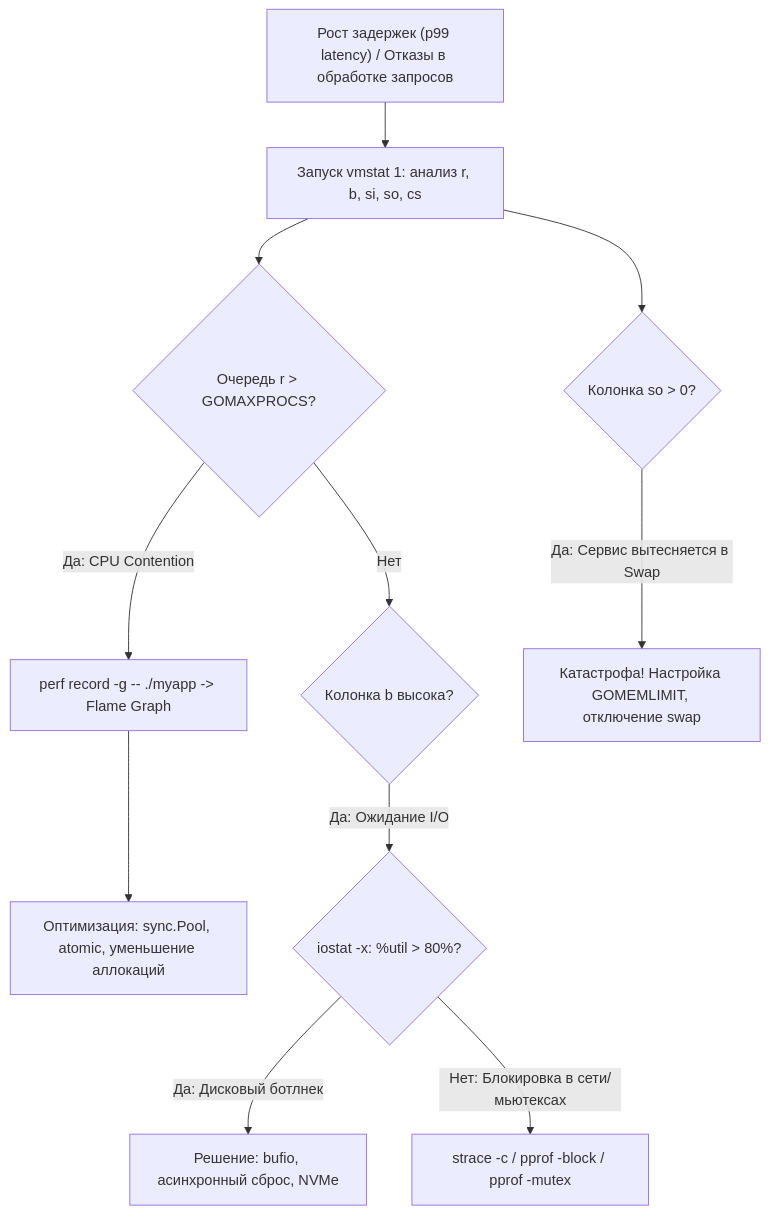
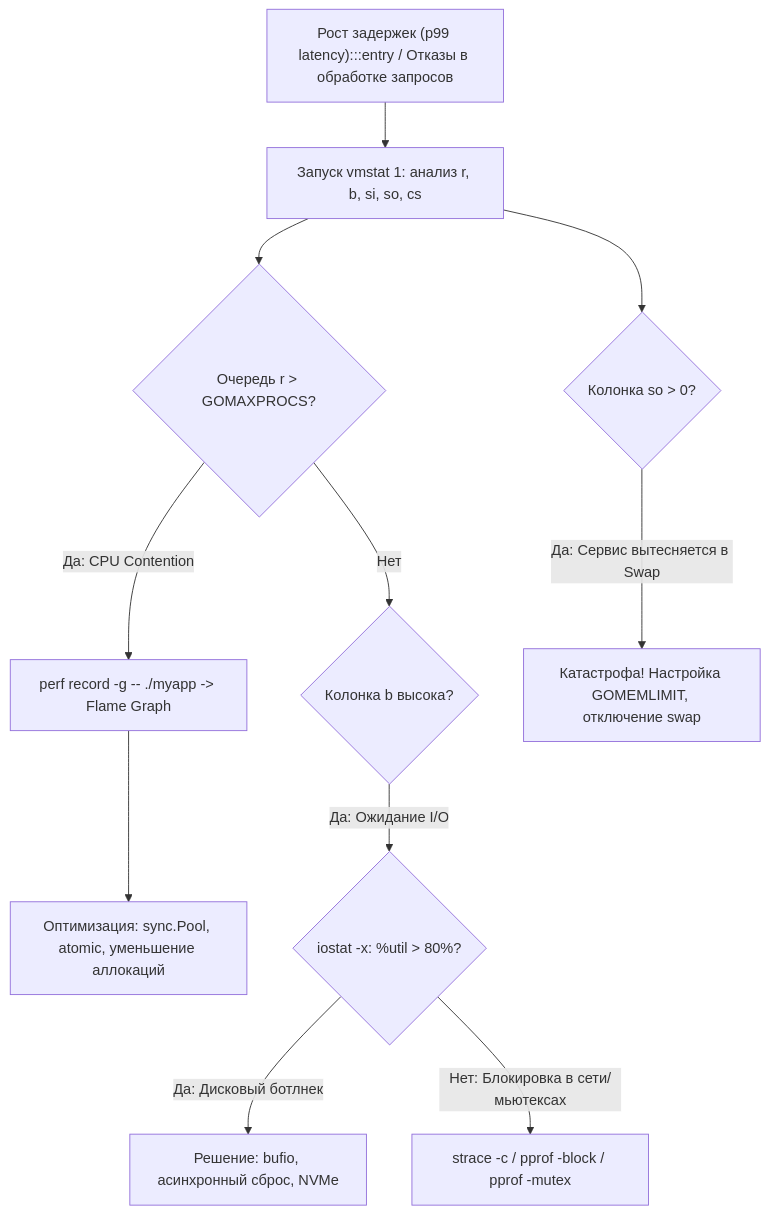
The fourth of 4 diagrams in sources/2. Устройство и работа ОС/60. perf, top, vmstat, iostat и другие инструменты Linux.md (UnrealTemplier/go-textbook), drawn with Mermaid before and after one commit. The commit also changed other lines of this file and 1666 other files, not shown here.

First line of the commit message:
feat(mermaid): add semantic color classDef to 1369 colorless flowchart/graph diagrams

````diff
--- a/sources/2. Устройство и работа ОС/60. perf, top, vmstat, iostat и другие инструменты Linux.md
+++ b/sources/2. Устройство и работа ОС/60. perf, top, vmstat, iostat и другие инструменты Linux.md
@@ -234,16 +264,26 @@
 ```mermaid
 flowchart TD
-    Incident["Рост задержек (p99 latency) / Отказы в обработке запросов"] --> RunVmstat["Запуск vmstat 1: анализ r, b, si, so, cs"]
+    classDef process  fill:#1e293b,stroke:#38bdf8,stroke-width:1px,color:#f8fafc
+    classDef success  fill:#064e3b,stroke:#34d399,stroke-width:1px,color:#f8fafc
+    classDef error    fill:#7f1d1d,stroke:#f87171,stroke-width:1px,color:#f8fafc
+    classDef warning  fill:#78350f,stroke:#fbbf24,stroke-width:1px,color:#f8fafc
+    classDef entry    fill:#1e3a5f,stroke:#38bdf8,stroke-width:2px,color:#f8fafc
+    classDef aux      fill:#334155,stroke:#64748b,stroke-width:1px,color:#f8fafc
+    classDef system   fill:#312e81,stroke:#a78bfa,stroke-width:1px,color:#f8fafc
+    classDef data     fill:#132d29,stroke:#2dd4bf,stroke-width:1px,color:#f8fafc
+    classDef network  fill:#881337,stroke:#fb7185,stroke-width:1px,color:#f8fafc
+    classDef accent   fill:#1e1b4b,stroke:#818cf8,stroke-width:1px,color:#f8fafc
+    Incident["Рост задержек (p99 latency):::entry / Отказы в обработке запросов"] --> RunVmstat["Запуск vmstat 1: анализ r, b, si, so, cs"]
     
     RunVmstat --> CheckRunqueue{"Очередь r > GOMAXPROCS?"}
     CheckRunqueue -->|Да: CPU Contention| PerfCPU["perf record -g -- ./myapp -> Flame Graph"]
     PerfCPU --> OptimizeCPU["Оптимизация: sync.Pool, atomic, уменьшение аллокаций"]
 
     CheckRunqueue -->|Нет| CheckBlocked{"Колонка b высока?"}
     CheckBlocked -->|Да: Ожидание I/O| CheckDisk{"iostat -x: %util > 80%?"}
     CheckDisk -->|Да: Дисковый ботлнек| DiskFix["Решение: bufio, асинхронный сброс, NVMe"]
     CheckDisk -->|Нет: Блокировка в сети/мьютексах| MutexLock["strace -c / pprof -block / pprof -mutex"]
 
     RunVmstat --> CheckSwap{"Колонка so > 0?"}
     CheckSwap -->|Да: Сервис вытесняется в Swap| OOMFix["Катастрофа! Настройка GOMEMLIMIT, отключение swap"]
 ```
````
